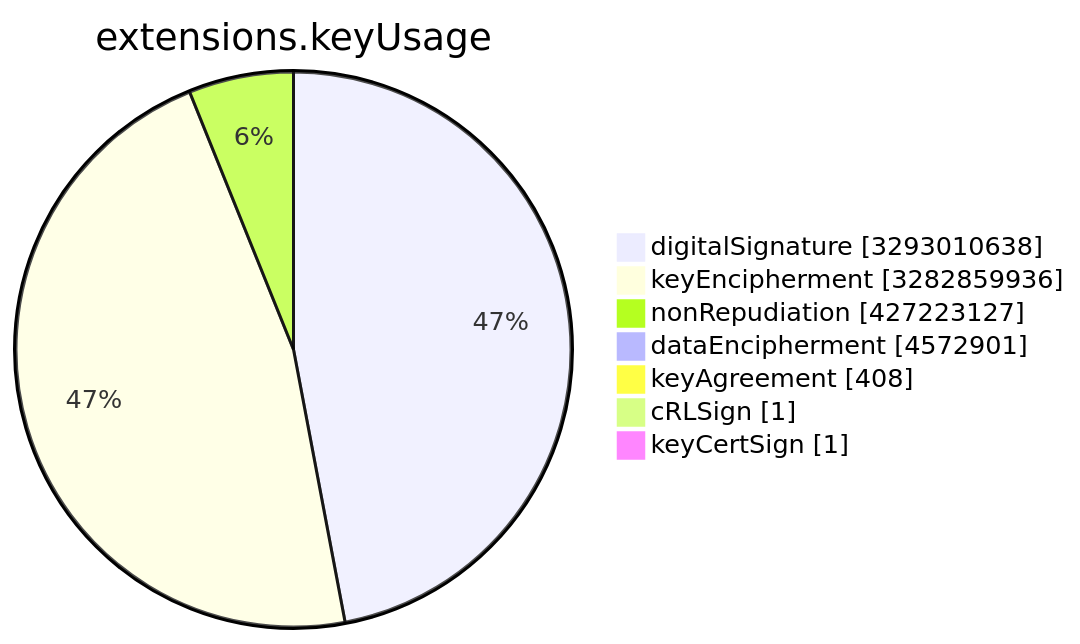
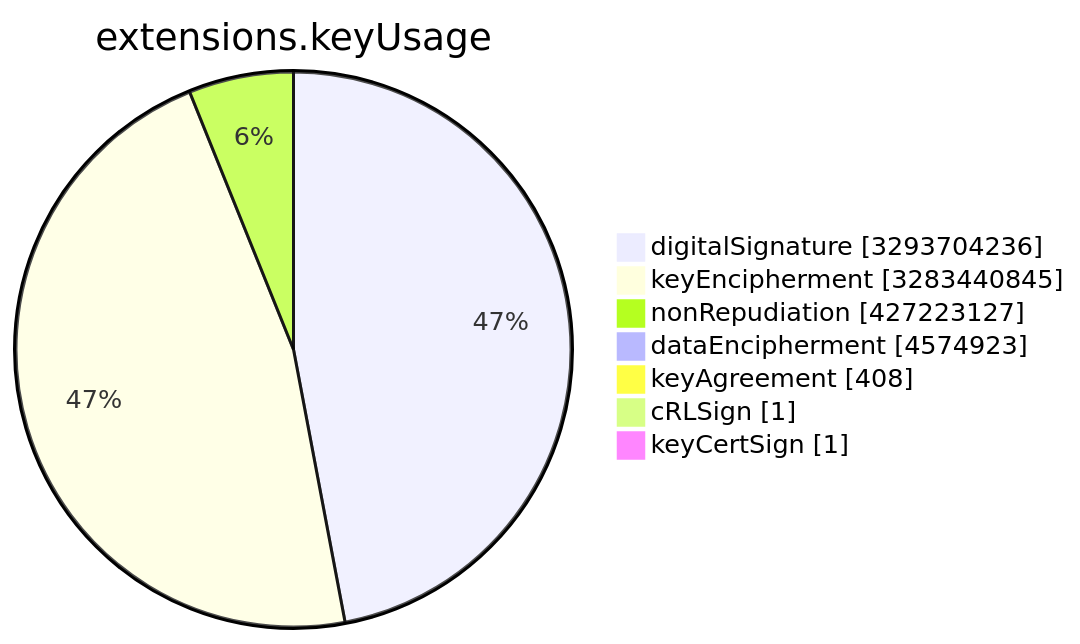
The sixth of 15 diagrams in TOTAL/README.md (christiankrug/ctmonitor_visualization), drawn with Mermaid before and after one commit. The commit also changed other lines of this file, not shown here.

````diff
--- a/TOTAL/README.md
+++ b/TOTAL/README.md
@@ -3078,11 +3078,11 @@
 ```mermaid
 pie showData
 title extensions.keyUsage
-"digitalSignature" :3293010638
-"keyEncipherment" :3282859936
+"digitalSignature" :3293704236
+"keyEncipherment" :3283440845
 "nonRepudiation" :427223127
-"dataEncipherment" :4572901
+"dataEncipherment" :4574923
 "keyAgreement" :408
 "cRLSign" :1
 "keyCertSign" :1
 ```
````
